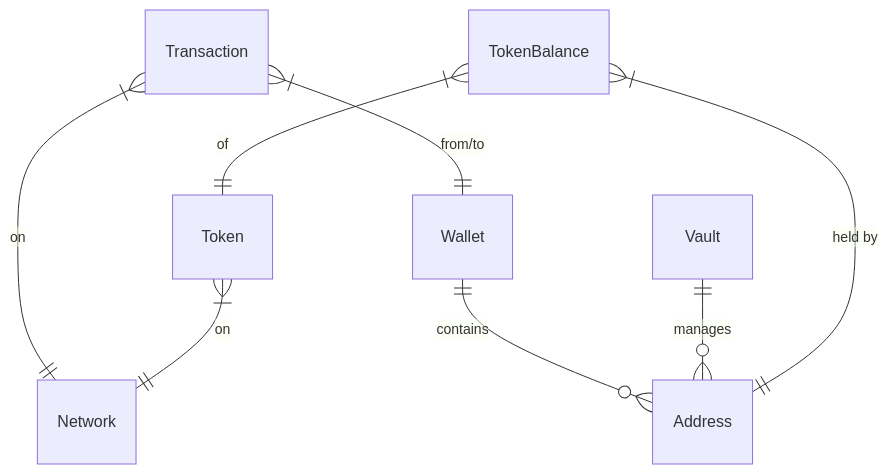
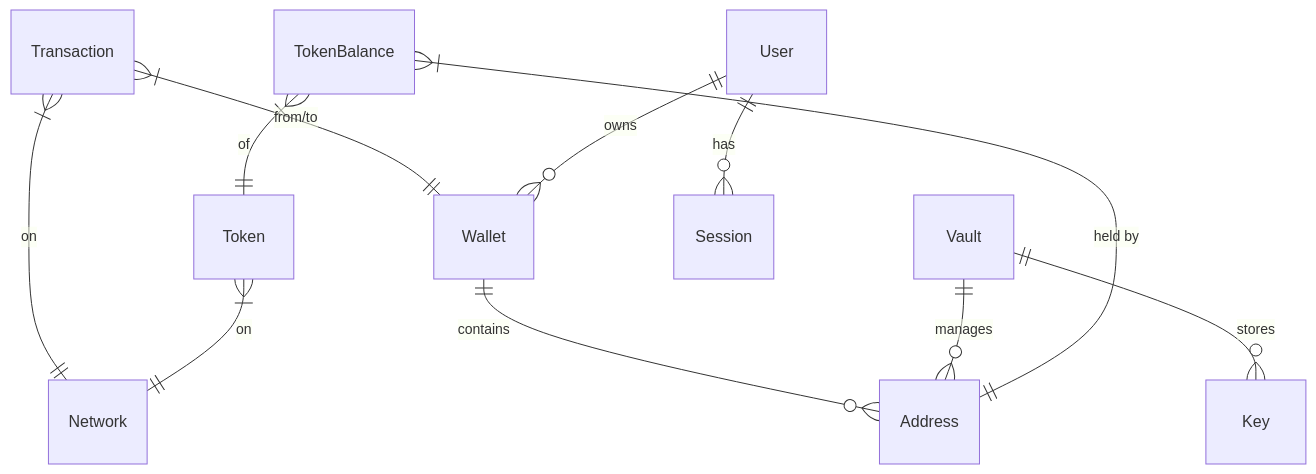
Before and after one commit to italoag/wallet: diagram 15 of 15 in .qoder/repowiki/en/content/Domain Model & Data Structures/Domain Model & Data Structures.md, drawn with Mermaid. The commit also changed other lines of this file and 11 other files, not shown here.

````diff
--- a/.qoder/repowiki/en/content/Domain Model & Data Structures/Domain Model & Data Structures.md
+++ b/.qoder/repowiki/en/content/Domain Model & Data Structures/Domain Model & Data Structures.md
@@ -339,10 +414,13 @@
 ```mermaid
 erDiagram
 Wallet ||--o{ Address : "contains"
 Vault ||--o{ Address : "manages"
 Transaction }|--|| Network : "on"
 Token }|--|| Network : "on"
 Transaction }|--|| Wallet : "from/to"
 TokenBalance }|--|| Token : "of"
 TokenBalance }|--|| Address : "held by"
+User ||--o{ Wallet : "owns"
+User ||--o{ Session : "has"
+Vault ||--o{ Key : "stores"
 ```
````
